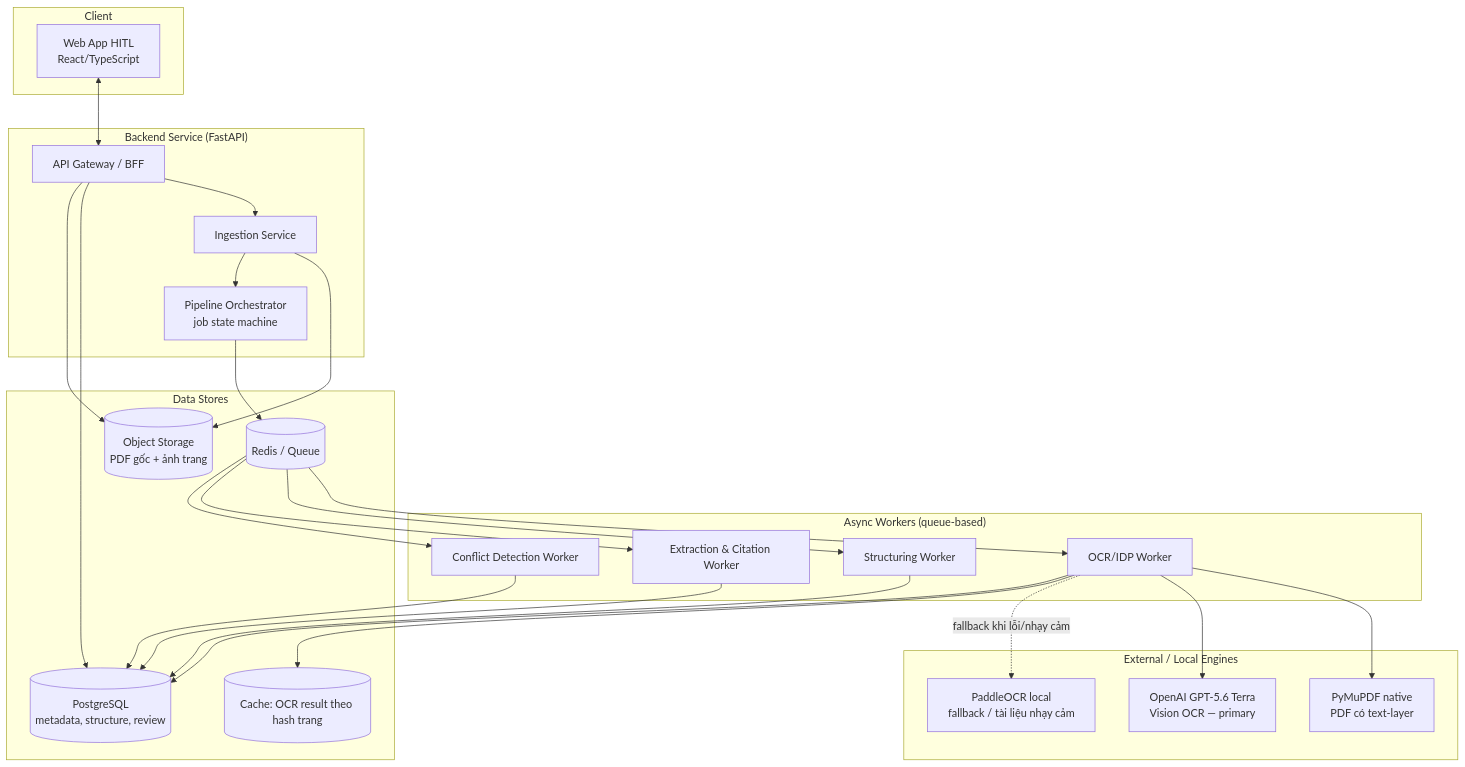
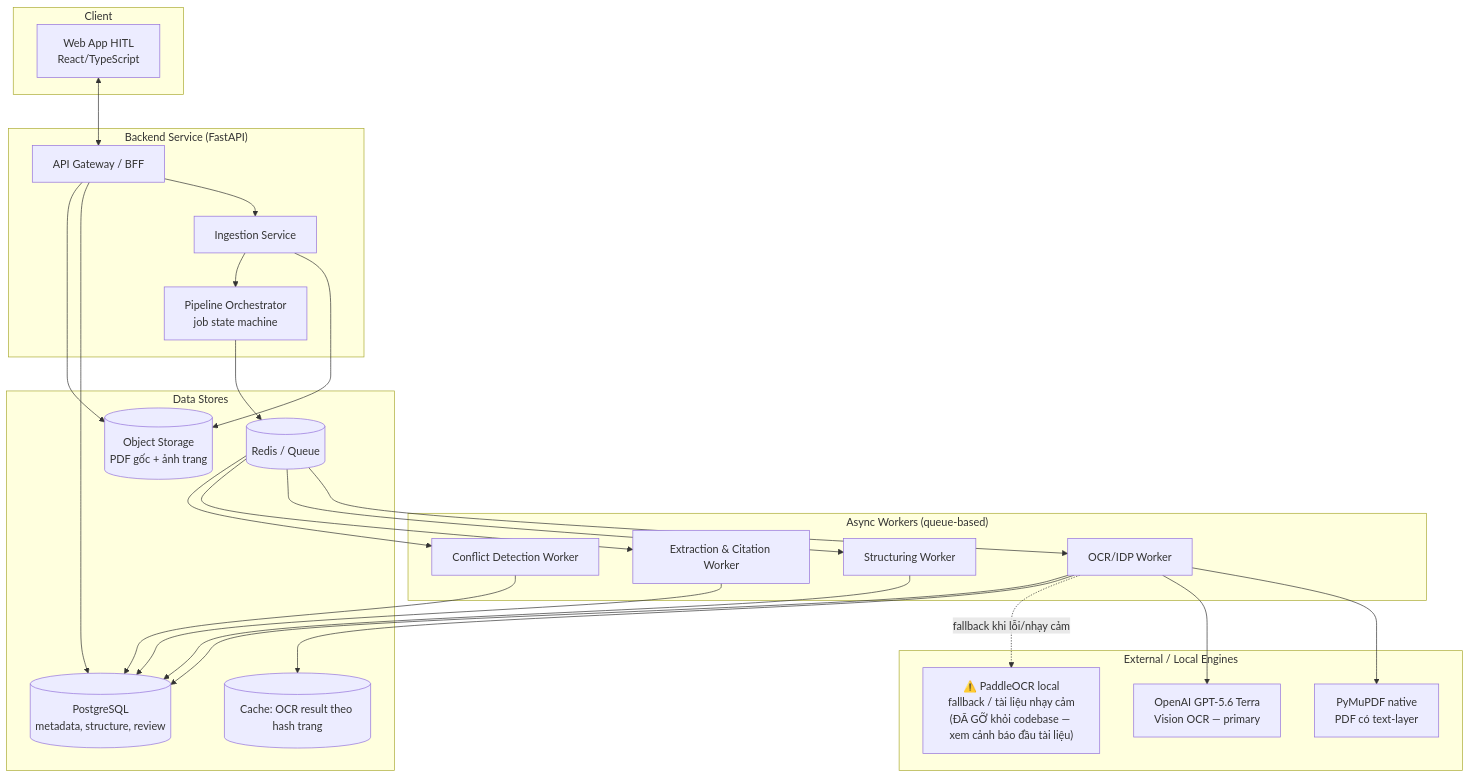
One commit to AI20K-VGR/contract-intelligence-core changed the first of 4 diagrams in ai-service/docs/CONTRACT_INTELLIGENCE_ARCHITECTURE.md. Above: the diagram before and after it, drawn with Mermaid. The commit also changed other lines of this file and 14 other files, not shown here.

Commit message:
docs(ai-service): sync docs, schema and team handoff with the Mistral table pipeline

````diff
--- a/ai-service/docs/CONTRACT_INTELLIGENCE_ARCHITECTURE.md
+++ b/ai-service/docs/CONTRACT_INTELLIGENCE_ARCHITECTURE.md
@@ -41,52 +43,52 @@
 ```mermaid
 flowchart TB
     subgraph Client
         WEB[Web App HITL<br/>React/TypeScript]
     end
 
     subgraph Backend["Backend Service (FastAPI)"]
         API[API Gateway / BFF]
         ING[Ingestion Service]
         ORCH[Pipeline Orchestrator<br/>job state machine]
     end
 
     subgraph Workers["Async Workers (queue-based)"]
         OCRW[OCR/IDP Worker]
         STRUCTW[Structuring Worker]
         CITEW[Extraction & Citation Worker]
         CONFW[Conflict Detection Worker]
     end
 
     subgraph Stores["Data Stores"]
         OBJ[(Object Storage<br/>PDF gốc + ảnh trang)]
         DB[(PostgreSQL<br/>metadata, structure, review)]
         Q[(Redis / Queue)]
         CACHE[(Cache: OCR result theo hash trang)]
     end
 
     subgraph External["External / Local Engines"]
         GPT[OpenAI GPT-5.6 Terra<br/>Vision OCR — primary]
-        PADDLE[PaddleOCR local<br/>fallback / tài liệu nhạy cảm]
+        PADDLE["⚠️ PaddleOCR local<br/>fallback / tài liệu nhạy cảm<br/>(ĐÃ GỠ khỏi codebase — xem cảnh báo đầu tài liệu)"]
         NATIVE[PyMuPDF native<br/>PDF có text-layer]
     end
 
     WEB <--> API
     API --> ING
     ING --> OBJ
     ING --> ORCH
     ORCH --> Q
     Q --> OCRW & STRUCTW & CITEW & CONFW
 
     OCRW --> NATIVE
     OCRW --> GPT
     OCRW -.fallback khi lỗi/nhạy cảm.-> PADDLE
     OCRW --> CACHE
     OCRW --> DB
 
     STRUCTW --> DB
     CITEW --> DB
     CONFW --> DB
 
     API --> DB
     API --> OBJ
 ```
````
